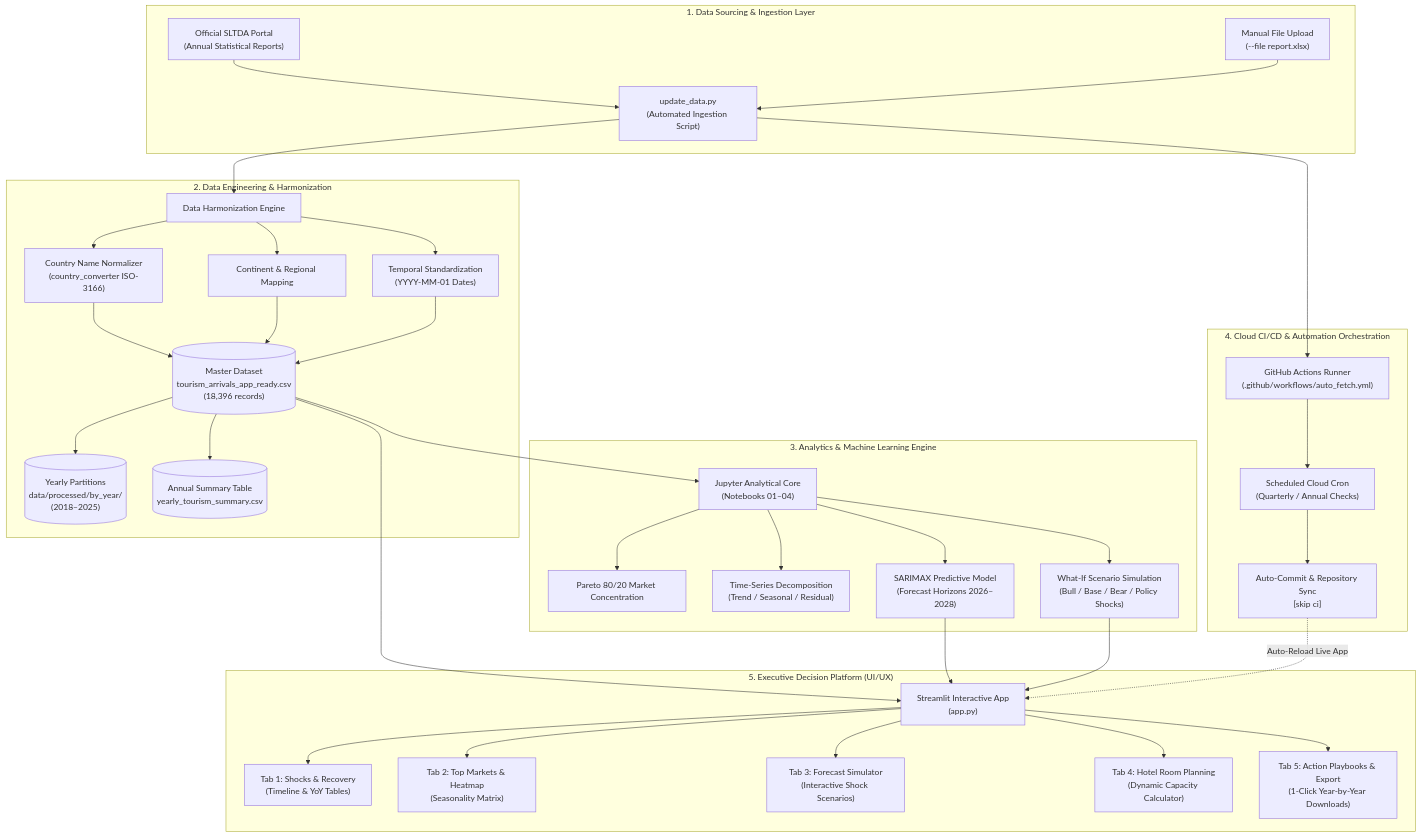
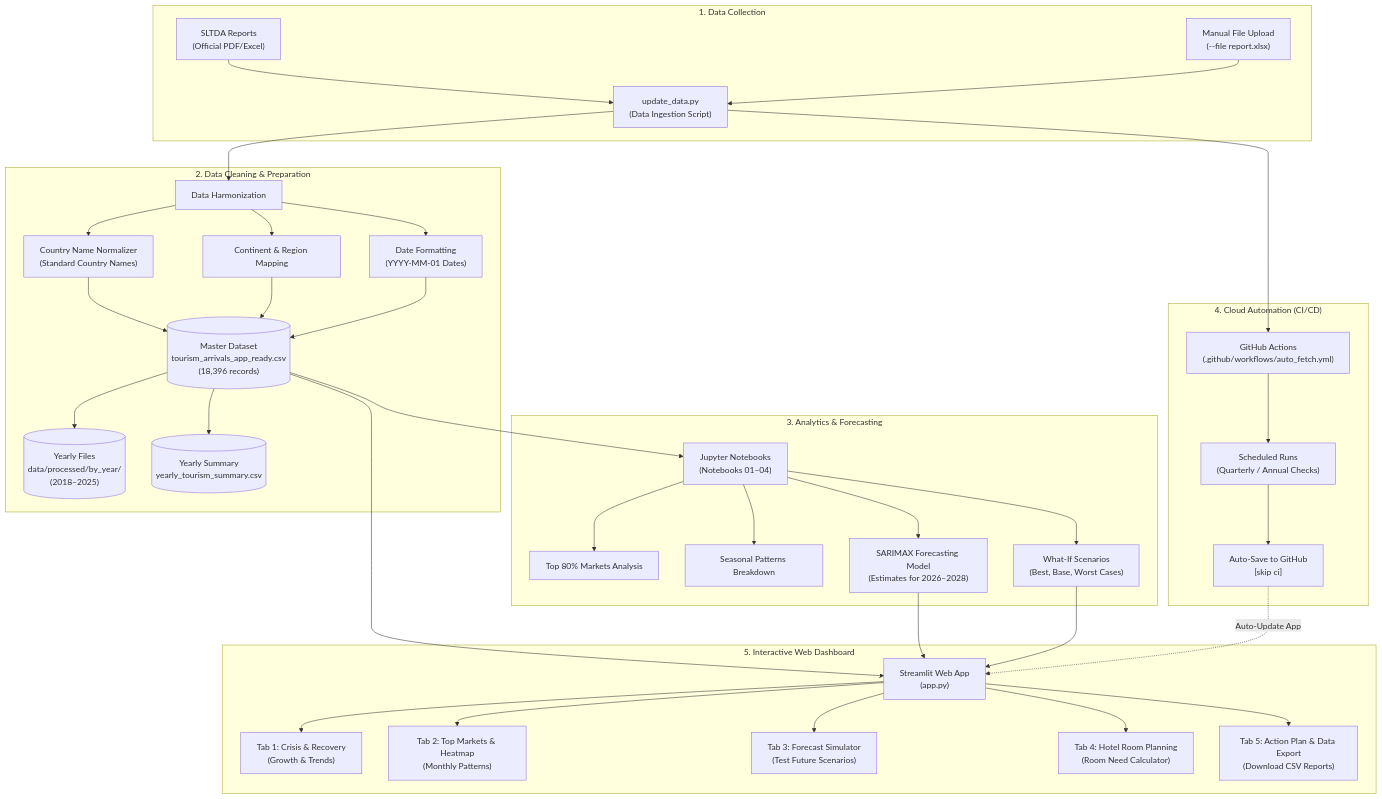
Before and after one commit to HimashMadushanka/Sri-Lanka-Tourism-Intelligence: the diagram in README.md, drawn with Mermaid. The commit also changed other lines of this file and 1 other file, not shown here.

````diff
--- a/README.md
+++ b/README.md
@@ -35,42 +29,42 @@
 ```mermaid
 flowchart TD
-    subgraph S1["1. Data Sourcing & Ingestion Layer"]
-        A["Official SLTDA Portal<br/>(Annual Statistical Reports)"] --> B["update_data.py<br/>(Automated Ingestion Script)"]
+    subgraph S1["1. Data Collection"]
+        A["SLTDA Reports<br/>(Official PDF/Excel)"] --> B["update_data.py<br/>(Data Ingestion Script)"]
         A2["Manual File Upload<br/>(--file report.xlsx)"] --> B
     end
 
-    subgraph S2["2. Data Engineering & Harmonization"]
-        B --> C["Data Harmonization Engine"]
-        C --> C1["Country Name Normalizer<br/>(country_converter ISO-3166)"]
-        C --> C2["Continent & Regional Mapping"]
-        C --> C3["Temporal Standardization<br/>(YYYY-MM-01 Dates)"]
+    subgraph S2["2. Data Cleaning & Preparation"]
+        B --> C["Data Harmonization"]
+        C --> C1["Country Name Normalizer<br/>(Standard Country Names)"]
+        C --> C2["Continent & Region Mapping"]
+        C --> C3["Date Formatting<br/>(YYYY-MM-01 Dates)"]
         C1 & C2 & C3 --> D[("Master Dataset<br/>tourism_arrivals_app_ready.csv<br/>(18,396 records)")]
-        D --> D1[("Yearly Partitions<br/>data/processed/by_year/<br/>(2018–2025)")]
-        D --> D2[("Annual Summary Table<br/>yearly_tourism_summary.csv")]
+        D --> D1[("Yearly Files<br/>data/processed/by_year/<br/>(2018–2025)")]
+        D --> D2[("Yearly Summary<br/>yearly_tourism_summary.csv")]
     end
 
-    subgraph S3["3. Analytics & Machine Learning Engine"]
-        D --> E["Jupyter Analytical Core<br/>(Notebooks 01–04)"]
-        E --> E1["Pareto 80/20 Market Concentration"]
-        E --> E2["Time-Series Decomposition<br/>(Trend / Seasonal / Residual)"]
-        E --> E3["SARIMAX Predictive Model<br/>(Forecast Horizons 2026–2028)"]
-        E --> E4["What-If Scenario Simulation<br/>(Bull / Base / Bear / Policy Shocks)"]
+    subgraph S3["3. Analytics & Forecasting"]
+        D --> E["Jupyter Notebooks<br/>(Notebooks 01–04)"]
+        E --> E1["Top 80% Markets Analysis"]
+        E --> E2["Seasonal Patterns Breakdown"]
+        E --> E3["SARIMAX Forecasting Model<br/>(Estimates for 2026–2028)"]
+        E --> E4["What-If Scenarios<br/>(Best, Base, Worst Cases)"]
     end
 
-    subgraph S4["4. Cloud CI/CD & Automation Orchestration"]
-        B --> F["GitHub Actions Runner<br/>(.github/workflows/auto_fetch.yml)"]
-        F --> F1["Scheduled Cloud Cron<br/>(Quarterly / Annual Checks)"]
-        F1 --> F2["Auto-Commit & Repository Sync<br/>[skip ci]"]
+    subgraph S4["4. Cloud Automation (CI/CD)"]
+        B --> F["GitHub Actions<br/>(.github/workflows/auto_fetch.yml)"]
+        F --> F1["Scheduled Runs<br/>(Quarterly / Annual Checks)"]
+        F1 --> F2["Auto-Save to GitHub<br/>[skip ci]"]
     end
 
-    subgraph S5["5. Executive Decision Platform (UI/UX)"]
-        D & E3 & E4 --> G["Streamlit Interactive App<br/>(app.py)"]
-        G --> H1["Tab 1: Shocks & Recovery<br/>(Timeline & YoY Tables)"]
-        G --> H2["Tab 2: Top Markets & Heatmap<br/>(Seasonality Matrix)"]
-        G --> H3["Tab 3: Forecast Simulator<br/>(Interactive Shock Scenarios)"]
-        G --> H4["Tab 4: Hotel Room Planning<br/>(Dynamic Capacity Calculator)"]
-        G --> H5["Tab 5: Action Playbooks & Export<br/>(1-Click Year-by-Year Downloads)"]
+    subgraph S5["5. Interactive Web Dashboard"]
+        D & E3 & E4 --> G["Streamlit Web App<br/>(app.py)"]
+        G --> H1["Tab 1: Crisis & Recovery<br/>(Growth & Trends)"]
+        G --> H2["Tab 2: Top Markets & Heatmap<br/>(Monthly Patterns)"]
+        G --> H3["Tab 3: Forecast Simulator<br/>(Test Future Scenarios)"]
+        G --> H4["Tab 4: Hotel Room Planning<br/>(Room Need Calculator)"]
+        G --> H5["Tab 5: Action Plan & Data Export<br/>(Download CSV Reports)"]
     end
 
-    F2 -.->|Auto-Reload Live App| G
+    F2 -.->|Auto-Update App| G
 ```
````
